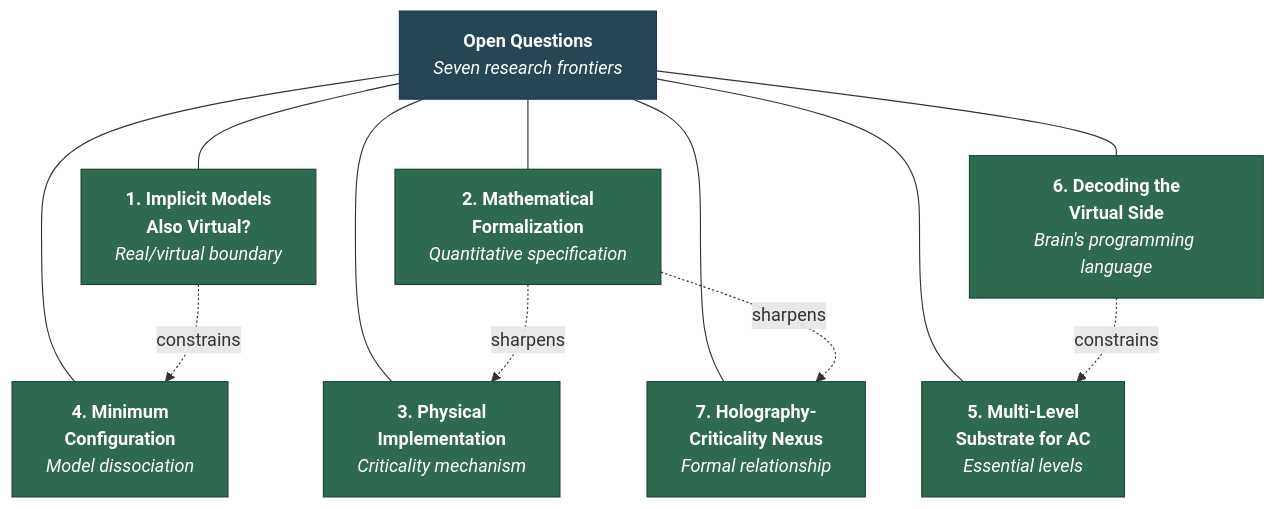
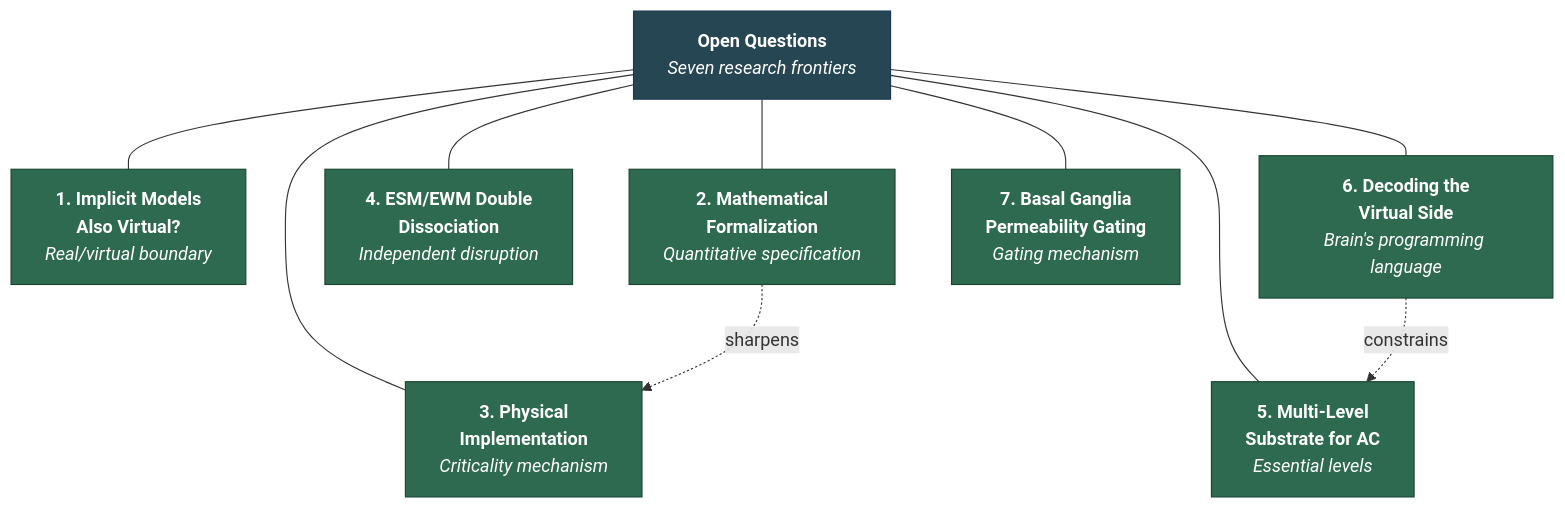
The diagram in wiki/open-questions/overview.md (JeltzProstetnic/aIware), drawn with Mermaid before and after one commit. The commit also changed other lines of this file and 124 other files, not shown here.

````diff
--- a/wiki/open-questions/overview.md
+++ b/wiki/open-questions/overview.md
@@ -53,34 +55,32 @@
 ```mermaid
 graph TD
     OQ["<b>Open Questions</b><br/><i>Seven research frontiers</i>"]
 
     Q1["<b>1. Implicit Models<br/>Also Virtual?</b><br/><i>Real/virtual boundary</i>"]
     Q2["<b>2. Mathematical<br/>Formalization</b><br/><i>Quantitative specification</i>"]
     Q3["<b>3. Physical<br/>Implementation</b><br/><i>Criticality mechanism</i>"]
-    Q4["<b>4. Minimum<br/>Configuration</b><br/><i>Model dissociation</i>"]
+    Q4["<b>4. ESM/EWM Double<br/>Dissociation</b><br/><i>Independent disruption</i>"]
     Q5["<b>5. Multi-Level<br/>Substrate for AC</b><br/><i>Essential levels</i>"]
     Q6["<b>6. Decoding the<br/>Virtual Side</b><br/><i>Brain's programming language</i>"]
-    Q7["<b>7. Holography-<br/>Criticality Nexus</b><br/><i>Formal relationship</i>"]
+    Q7["<b>7. Basal Ganglia<br/>Permeability Gating</b><br/><i>Gating mechanism</i>"]
 
     OQ --- Q1
     OQ --- Q2
     OQ --- Q3
     OQ --- Q4
     OQ --- Q5
     OQ --- Q6
     OQ --- Q7
 
-    Q1 -.->|"constrains"| Q4
     Q2 -.->|"sharpens"| Q3
-    Q2 -.->|"sharpens"| Q7
     Q6 -.->|"constrains"| Q5
 
     style OQ fill:#264653,color:#fff,stroke:#1d3557
     style Q1 fill:#2d6a4f,color:#fff,stroke:#1b4332
     style Q2 fill:#2d6a4f,color:#fff,stroke:#1b4332
     style Q3 fill:#2d6a4f,color:#fff,stroke:#1b4332
     style Q4 fill:#2d6a4f,color:#fff,stroke:#1b4332
     style Q5 fill:#2d6a4f,color:#fff,stroke:#1b4332
     style Q6 fill:#2d6a4f,color:#fff,stroke:#1b4332
     style Q7 fill:#2d6a4f,color:#fff,stroke:#1b4332
 ```
````
